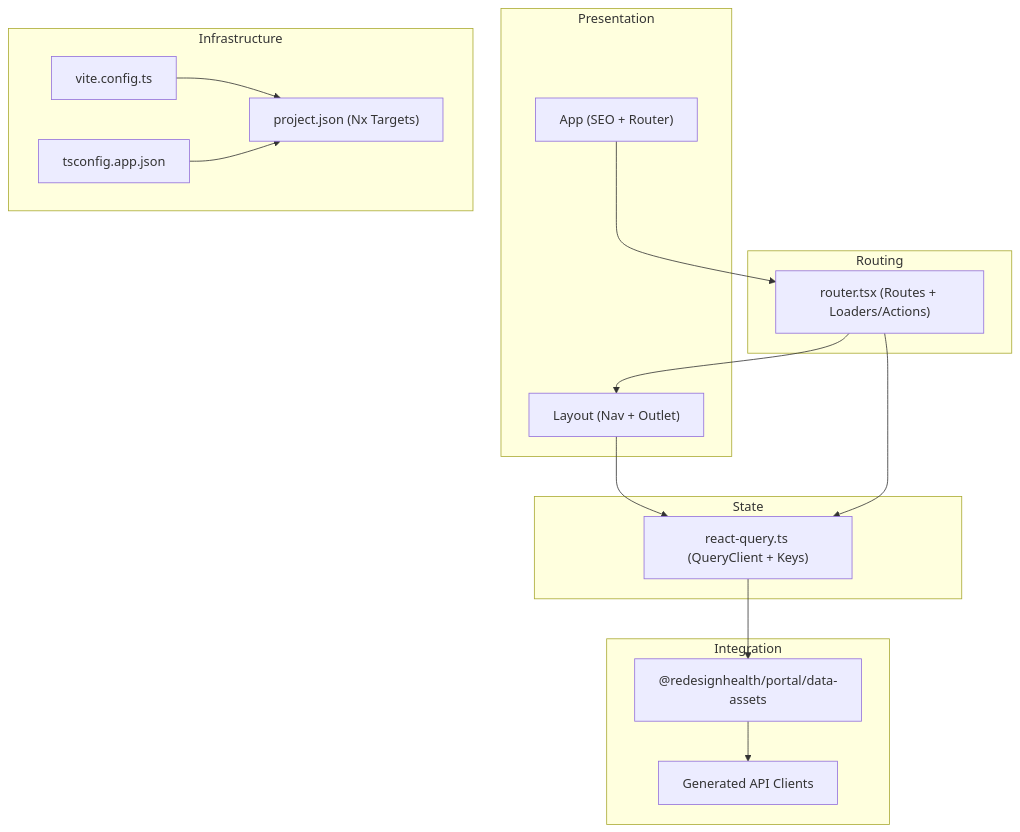
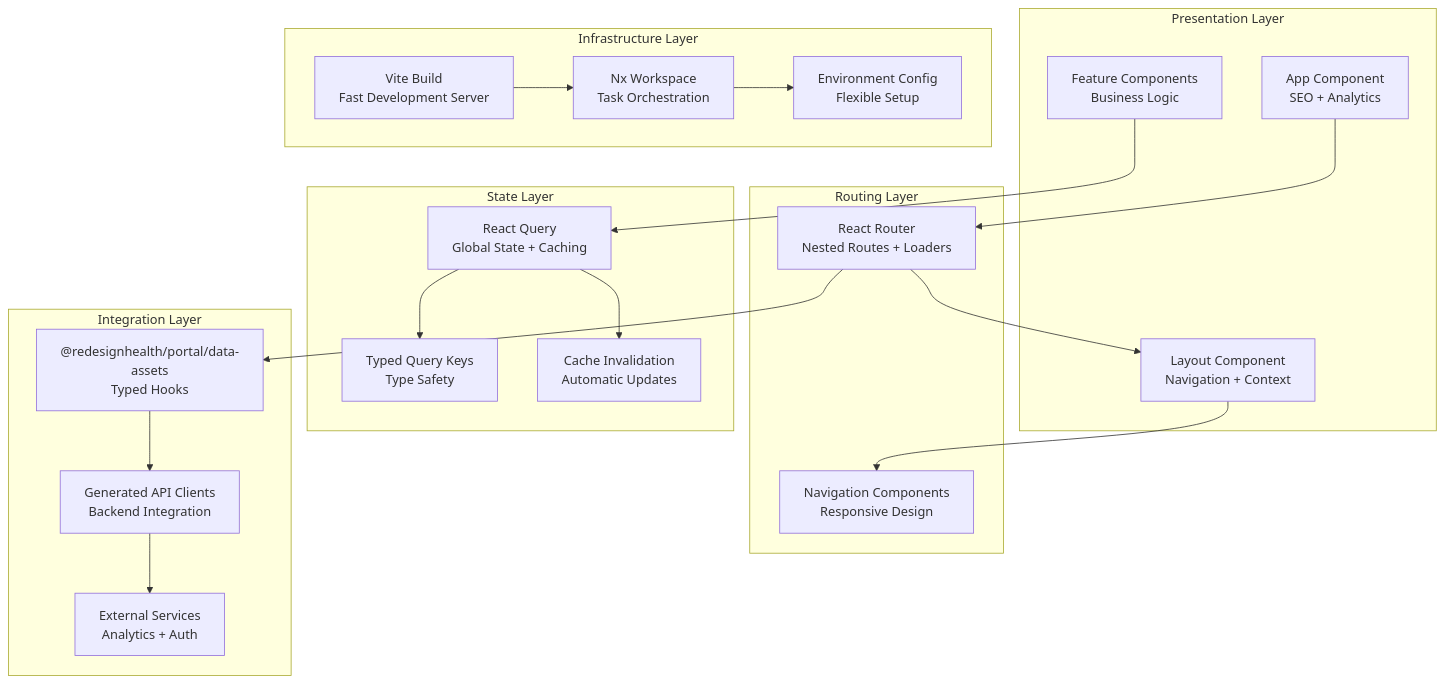
One commit to effinrich/rh-nx-monorepo changed the second of 8 diagrams in .qoder/repowiki/en/content/Frontend Applications/Portal Application/Portal Application.md. Above: the diagram before and after it, drawn with Mermaid. The commit also changed other lines of this file and 130 other files, not shown here.

````diff
--- a/.qoder/repowiki/en/content/Frontend Applications/Portal Application/Portal Application.md
+++ b/.qoder/repowiki/en/content/Frontend Applications/Portal Application/Portal Application.md
@@ -112,30 +212,38 @@
 ```mermaid
 graph TB
-subgraph "Presentation"
-APP["App (SEO + Router)"]
-LYT["Layout (Nav + Outlet)"]
+subgraph "Presentation Layer"
+APP["App Component<br/>SEO + Analytics"]
+LAYOUT["Layout Component<br/>Navigation + Context"]
+FEATURES["Feature Components<br/>Business Logic"]
 end
-subgraph "Routing"
-RT["router.tsx (Routes + Loaders/Actions)"]
+subgraph "Routing Layer"
+ROUTER["React Router<br/>Nested Routes + Loaders"]
+NAV["Navigation Components<br/>Responsive Design"]
 end
-subgraph "State"
-RQ["react-query.ts (QueryClient + Keys)"]
+subgraph "State Layer"
+QUERY["React Query<br/>Global State + Caching"]
+KEYS["Typed Query Keys<br/>Type Safety"]
+INVALID["Cache Invalidation<br/>Automatic Updates"]
 end
-subgraph "Integration"
-DA["@redesignhealth/portal/data-assets"]
-EXT["Generated API Clients"]
+subgraph "Integration Layer"
+DATA["@redesignhealth/portal/data-assets<br/>Typed Hooks"]
+CLIENTS["Generated API Clients<br/>Backend Integration"]
+EXTERNAL["External Services<br/>Analytics + Auth"]
 end
-subgraph "Infrastructure"
-VC["vite.config.ts"]
-PJ["project.json (Nx Targets)"]
-TS["tsconfig.app.json"]
+subgraph "Infrastructure Layer"
+BUILD["Vite Build<br/>Fast Development Server"]
+NX["Nx Workspace<br/>Task Orchestration"]
+CONFIG["Environment Config<br/>Flexible Setup"]
 end
-APP --> RT
-RT --> LYT
-LYT --> RQ
-RT --> RQ
-RQ --> DA
-DA --> EXT
-VC --> PJ
-TS --> PJ
+APP --> ROUTER
+ROUTER --> LAYOUT
+LAYOUT --> NAV
+FEATURES --> QUERY
+QUERY --> KEYS
+QUERY --> INVALID
+ROUTER --> DATA
+DATA --> CLIENTS
+CLIENTS --> EXTERNAL
+BUILD --> NX
+NX --> CONFIG
 ```
````
